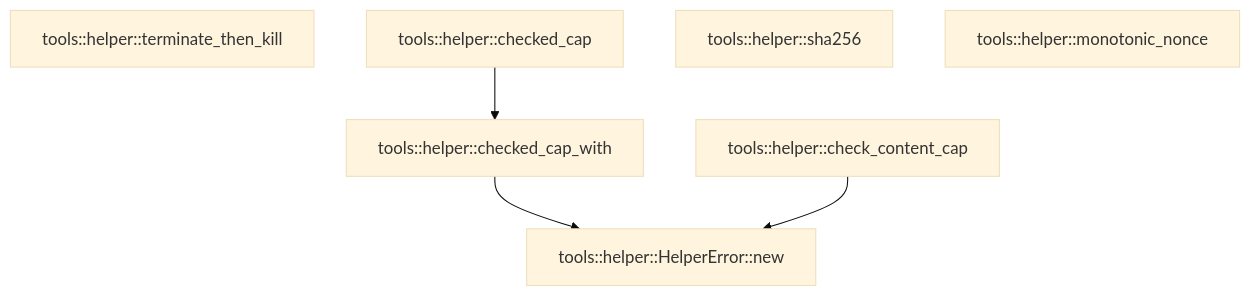
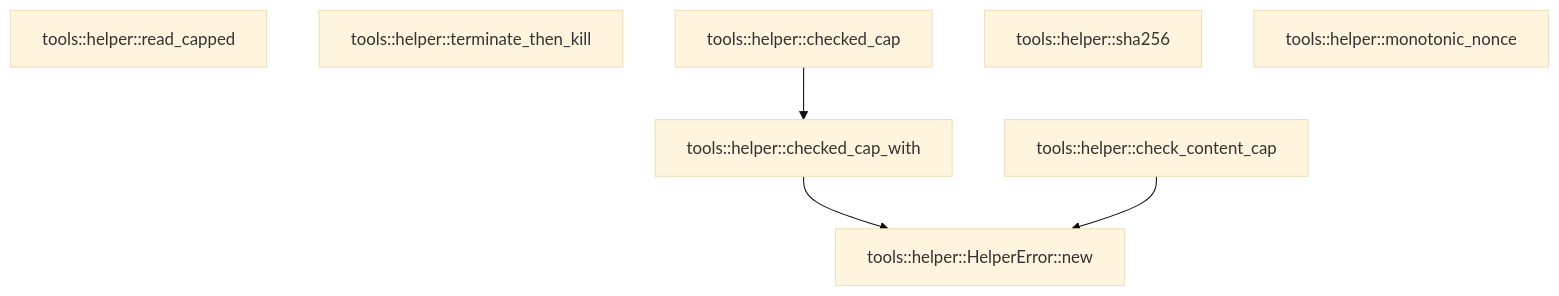
The third of 3 diagrams in crates/tools/docs/generated/src--helper.md (TekesApps/TekesKernel), drawn with Mermaid (base theme) before and after one commit. The commit also changed other lines of this file and 55 other files, not shown here.

````diff
--- a/crates/tools/docs/generated/src--helper.md
+++ b/crates/tools/docs/generated/src--helper.md
@@ -330,13 +332,14 @@
 ```mermaid
 flowchart TD
-  n0["tools::helper::terminate_then_kill"]
-  n1["tools::helper::checked_cap"]
-  n2["tools::helper::checked_cap_with"]
-  n3["tools::helper::check_content_cap"]
-  n4["tools::helper::sha256"]
-  n5["tools::helper::monotonic_nonce"]
-  n6["tools::helper::HelperError::new"]
-  n1 --> n2
-  n2 --> n6
-  n3 --> n6
+  n0["tools::helper::read_capped"]
+  n1["tools::helper::terminate_then_kill"]
+  n2["tools::helper::checked_cap"]
+  n3["tools::helper::checked_cap_with"]
+  n4["tools::helper::check_content_cap"]
+  n5["tools::helper::sha256"]
+  n6["tools::helper::monotonic_nonce"]
+  n7["tools::helper::HelperError::new"]
+  n2 --> n3
+  n3 --> n7
+  n4 --> n7
 ```
````
